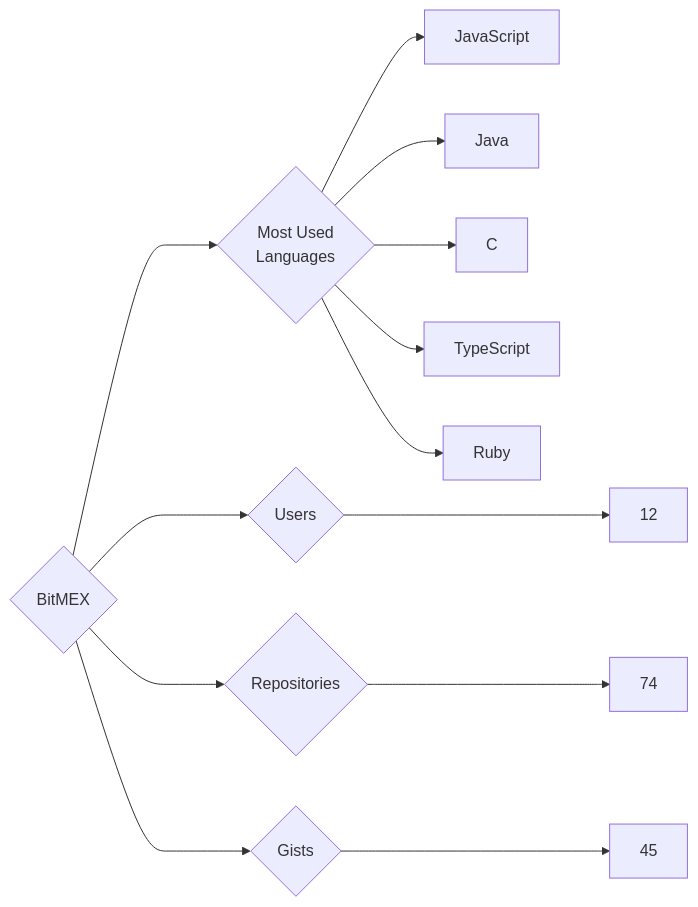
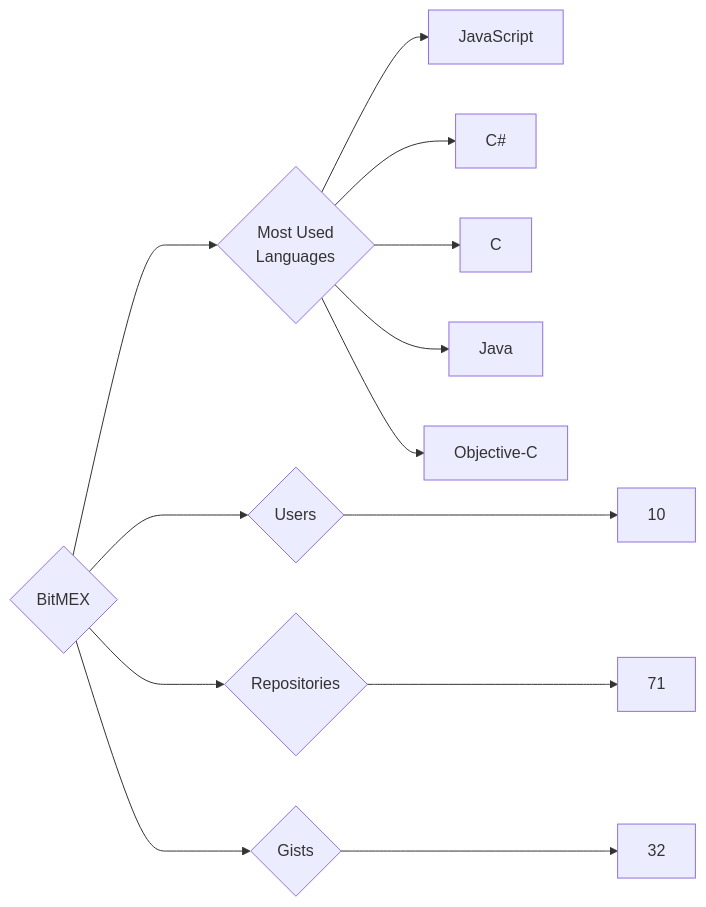
One commit to trickest/insiders changed the diagram in targets/BitMEX/README.md. Above: the diagram before and after it, drawn with Mermaid. The commit also changed 823 other files, not shown here.

````diff
--- a/targets/BitMEX/README.md
+++ b/targets/BitMEX/README.md
@@ -3,13 +3,13 @@
 ```mermaid
 graph LR
 COMPANY_NAME{BitMEX}
-COMPANY_NAME ---> U{Users} ---> UN[12]
-COMPANY_NAME ---> R{Repositories} ---> RN[74]
-COMPANY_NAME ---> G{Gists} ---> GN[45]
+COMPANY_NAME ---> U{Users} ---> UN[10]
+COMPANY_NAME ---> R{Repositories} ---> RN[71]
+COMPANY_NAME ---> G{Gists} ---> GN[32]
 COMPANY_NAME ---> ML{Most Used<br>Languages}
 ML --> JavaScript[JavaScript]
+ML --> C#[C#]
+ML --> C[C]
 ML --> Java[Java]
-ML --> C[C]
-ML --> TypeScript[TypeScript]
-ML --> Ruby[Ruby]
+ML --> Objective-C[Objective-C]
 ```
````
